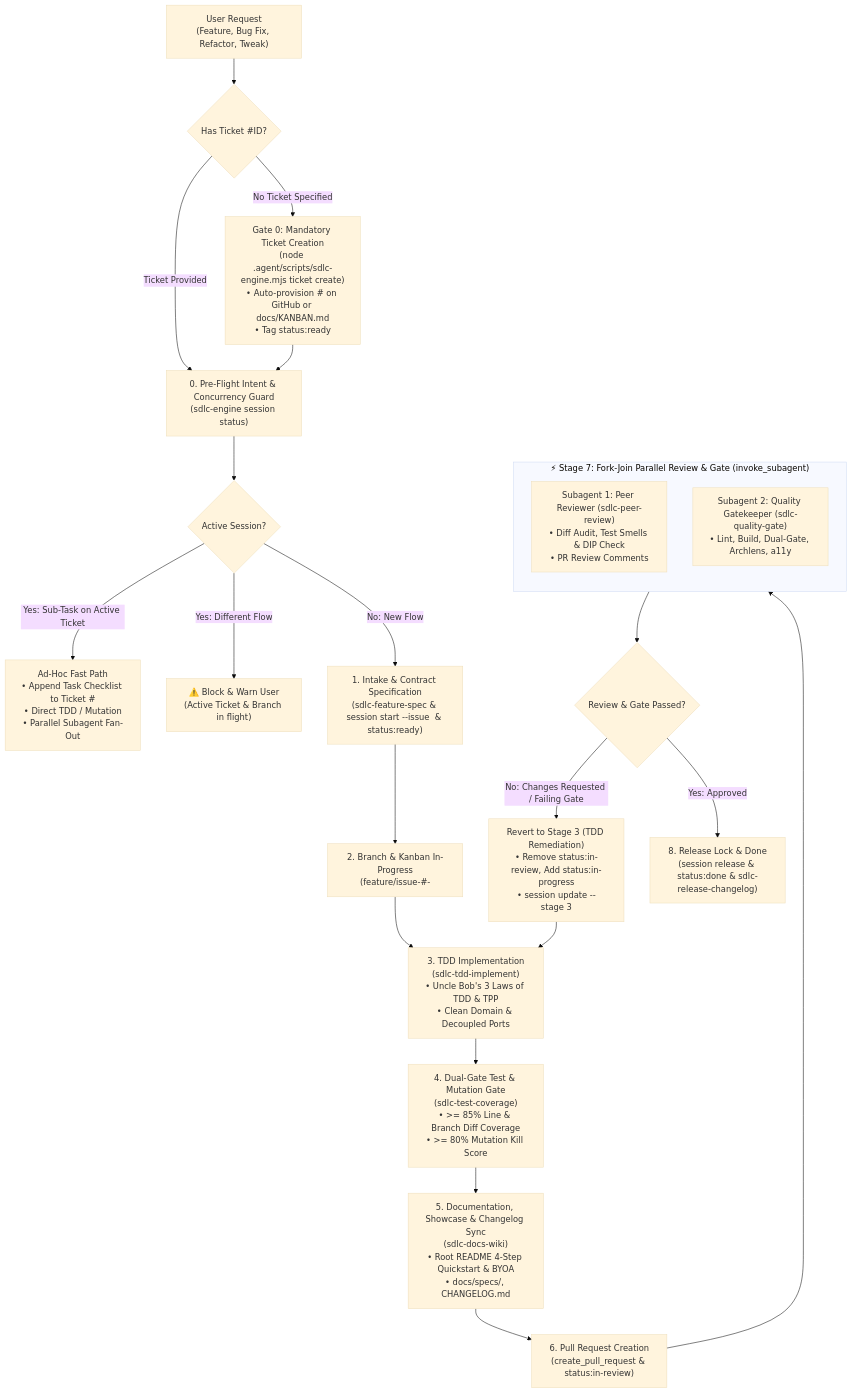
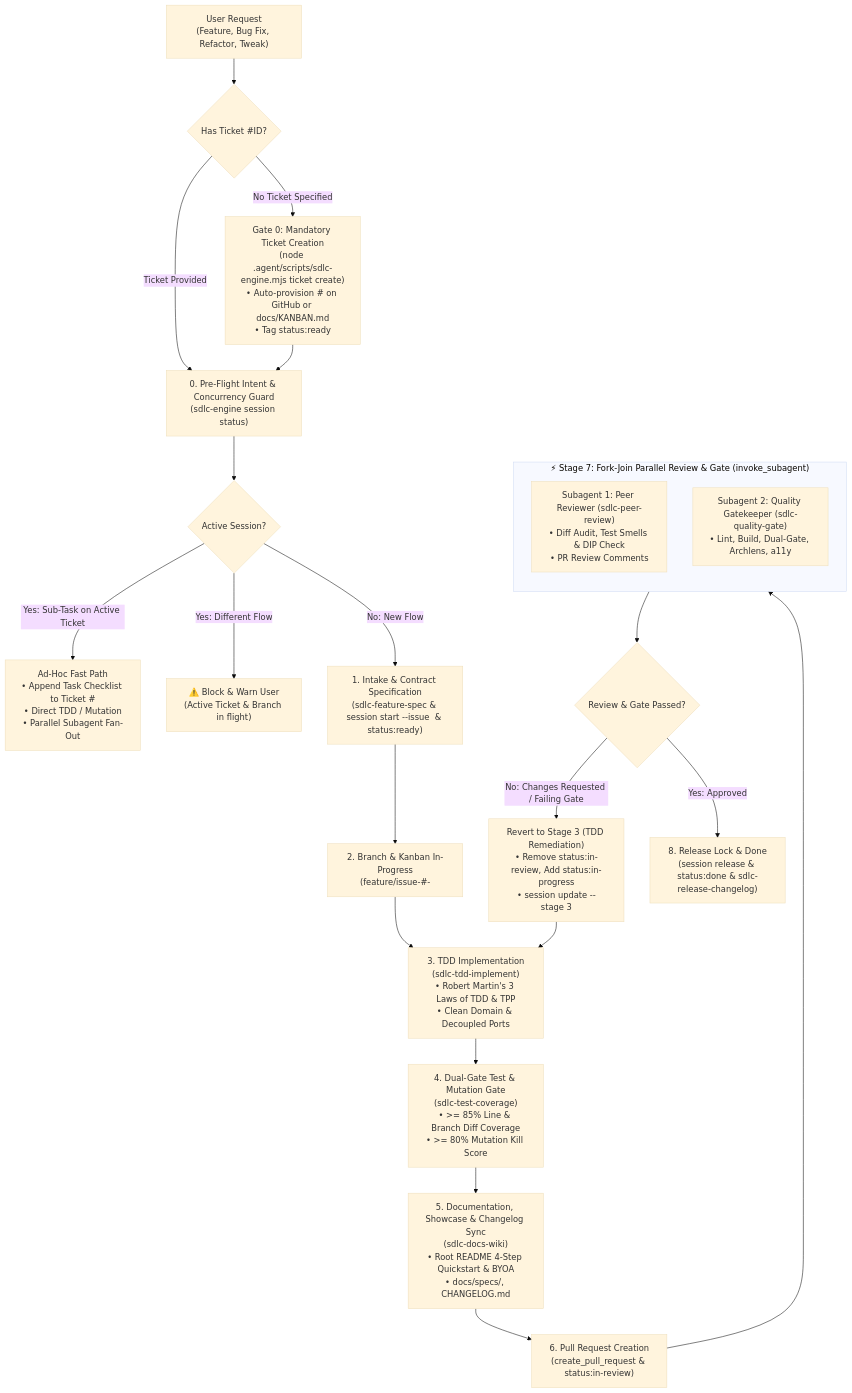
One commit to fmatar/sealit changed the diagram in .agent/skills/sdlc-flow/SKILL.md. Above: the diagram before and after it, drawn with Mermaid (base theme). The commit also changed other lines of this file and 16 other files, not shown here.

Commit message:
chore: rename all Uncle Bob references to Robert Martin across framework (#33)

````diff
--- a/.agent/skills/sdlc-flow/SKILL.md
+++ b/.agent/skills/sdlc-flow/SKILL.md
@@ -17,31 +17,31 @@
 ```mermaid
 flowchart TD
     UserReq["User Request\n(Feature, Bug Fix, Refactor, Tweak)"] --> TicketGuard{Has Ticket #ID?}
     TicketGuard -->|No Ticket Specified| AutoTicket["Gate 0: Mandatory Ticket Creation\n(node .agent/scripts/sdlc-engine.mjs ticket create)\n• Auto-provision #<id> on GitHub or docs/KANBAN.md\n• Tag status:ready"]
     TicketGuard -->|Ticket Provided| PreFlight
     AutoTicket --> PreFlight
 
     PreFlight["0. Pre-Flight Intent & Concurrency Guard\n(sdlc-engine session status)"] --> BranchIntent{Active Session?}
     
     BranchIntent -->|Yes: Sub-Task on Active Ticket| AdHocFast["Ad-Hoc Fast Path\n• Append Task Checklist to Ticket #<id>\n• Direct TDD / Mutation\n• Parallel Subagent Fan-Out"]
     BranchIntent -->|Yes: Different Flow| BlockPrompt["⚠️ Block & Warn User\n(Active Ticket & Branch in flight)"]
     BranchIntent -->|No: New Flow| S1["1. Intake & Contract Specification\n(sdlc-feature-spec & session start --issue <id> & status:ready)"]
 
     S1 --> S2["2. Branch & Kanban In-Progress\n(feature/issue-#<id>-<title> & status:in-progress)"]
-    S2 --> S3["3. TDD Implementation\n(sdlc-tdd-implement)\n• Uncle Bob's 3 Laws of TDD & TPP\n• Clean Domain & Decoupled Ports"]
+    S2 --> S3["3. TDD Implementation\n(sdlc-tdd-implement)\n• Robert Martin's 3 Laws of TDD & TPP\n• Clean Domain & Decoupled Ports"]
     S3 --> S4["4. Dual-Gate Test & Mutation Gate\n(sdlc-test-coverage)\n• >= 85% Line & Branch Diff Coverage\n• >= 80% Mutation Kill Score"]
     S4 --> S5["5. Documentation, Showcase & Changelog Sync\n(sdlc-docs-wiki)\n• Root README 4-Step Quickstart & BYOA\n• docs/specs/, CHANGELOG.md"]
     S5 --> S6["6. Pull Request Creation\n(create_pull_request & status:in-review)"]
     
     subgraph ParallelForkJoin ["⚡ Stage 7: Fork-Join Parallel Review & Gate (invoke_subagent)"]
         direction TB
         F1["Subagent 1: Peer Reviewer (sdlc-peer-review)\n• Diff Audit, Test Smells & DIP Check\n• PR Review Comments"]
         F2["Subagent 2: Quality Gatekeeper (sdlc-quality-gate)\n• Lint, Build, Dual-Gate, Archlens, a11y"]
     end
     
     S6 --> ParallelForkJoin
     ParallelForkJoin --> ReviewGateCheck{Review & Gate Passed?}
     ReviewGateCheck -->|No: Changes Requested / Failing Gate| RevertLoop["Revert to Stage 3 (TDD Remediation)\n• Remove status:in-review, Add status:in-progress\n• session update --stage 3"]
     RevertLoop --> S3
     ReviewGateCheck -->|Yes: Approved| Done["8. Release Lock & Done\n(session release & status:done & sdlc-release-changelog)"]
 ```
````
